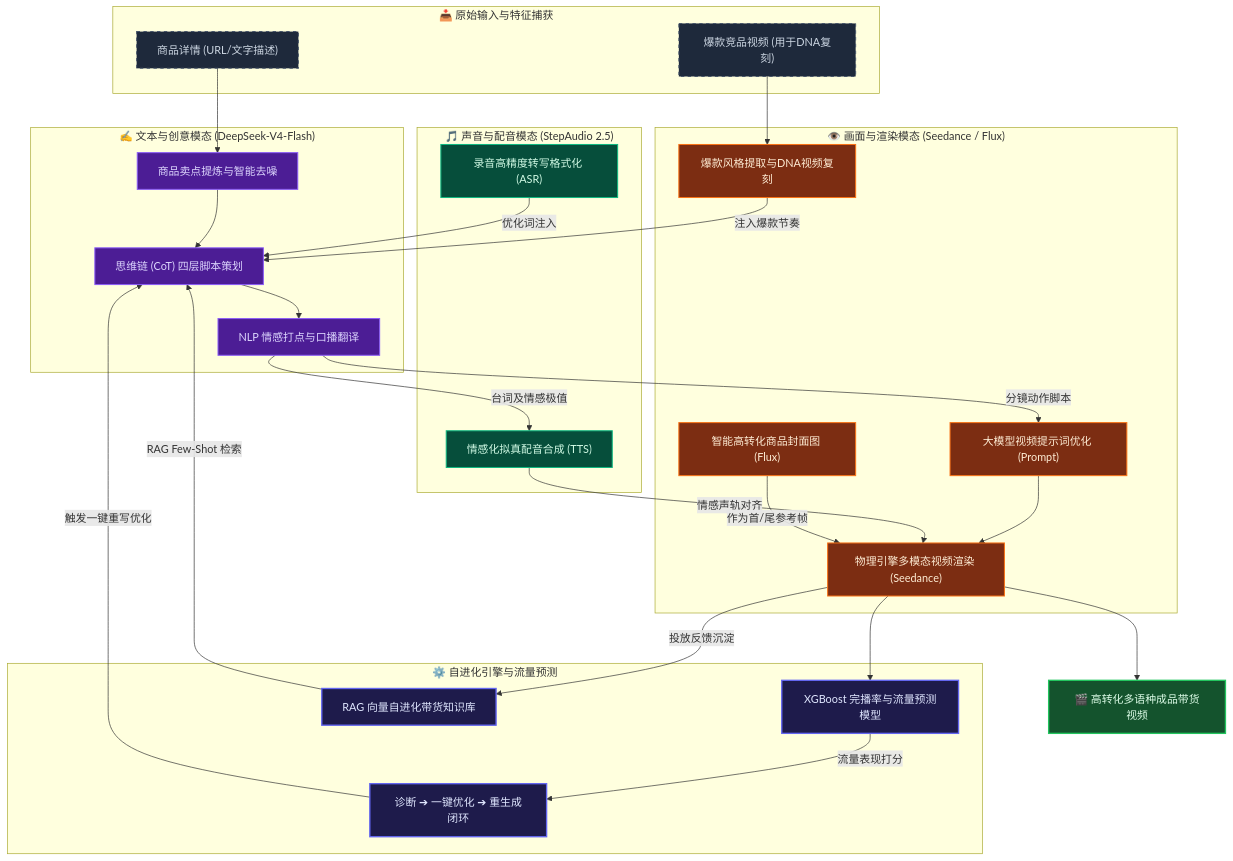
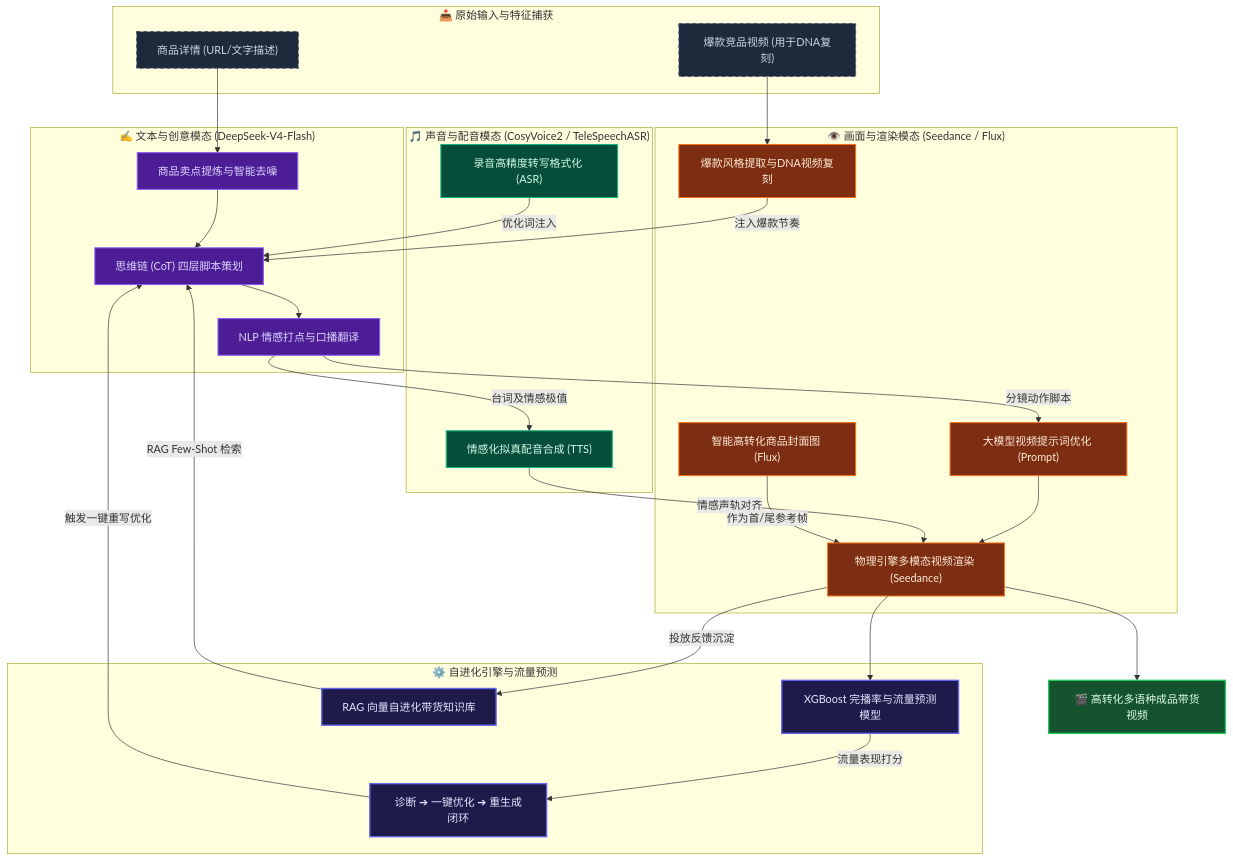
One commit to Hibiscus00/Shopro-AI changed the diagram in docs/ai/ai.md. Above: the diagram before and after it, drawn with Mermaid. The commit also changed other lines of this file and 9 other files, not shown here.

````diff
--- a/docs/ai/ai.md
+++ b/docs/ai/ai.md
@@ -7,62 +7,62 @@
 ```mermaid
 graph TD
     %% Styling and Theme
     classDef default fill:#111216,stroke:#333842,stroke-width:1px,color:#ffffff;
     classDef input fill:#1e293b,stroke:#475569,stroke-width:1.5px,stroke-dasharray: 5 5,color:#cbd5e1;
     classDef text fill:#4c1d95,stroke:#8b5cf6,stroke-width:1.5px,color:#ddd6fe;
     classDef audio fill:#064e3b,stroke:#10b981,stroke-width:1.5px,color:#d1fae5;
     classDef vision fill:#7c2d12,stroke:#f97316,stroke-width:1.5px,color:#ffedd5;
     classDef engine fill:#1e1b4b,stroke:#6366f1,stroke-width:2px,color:#e0e7ff;
     classDef output fill:#14532d,stroke:#22c55e,stroke-width:2px,color:#dcfce7;
 
     %% Nodes Definitions
     subgraph INPUT_STAGE ["📥 原始输入与特征捕获"]
         A["商品详情 (URL/文字描述)"]:::input
         B["爆款竞品视频 (用于DNA复刻)"]:::input
     end
 
     subgraph TEXT_STAGE ["✍️ 文本与创意模态 (DeepSeek-V4-Flash)"]
         T1["商品卖点提炼与智能去噪"]:::text
         T2["思维链 (CoT) 四层脚本策划"]:::text
         T3["NLP 情感打点与口播翻译"]:::text
     end
 
-    subgraph AUDIO_STAGE ["🎵 声音与配音模态 (StepAudio 2.5)"]
+    subgraph AUDIO_STAGE ["🎵 声音与配音模态 (CosyVoice2 / TeleSpeechASR)"]
         A1["情感化拟真配音合成 (TTS)"]:::audio
         A2["录音高精度转写格式化 (ASR)"]:::audio
     end
 
     subgraph VISION_STAGE ["👁️ 画面与渲染模态 (Seedance / Flux)"]
         V1["大模型视频提示词优化 (Prompt)"]:::vision
         V2["爆款风格提取与DNA视频复刻"]:::vision
         V3["智能高转化商品封面图 (Flux)"]:::vision
         V4["物理引擎多模态视频渲染 (Seedance)"]:::vision
     end
 
     subgraph OPTIMIZE_STAGE ["⚙️ 自进化引擎与流量预测"]
         E1["XGBoost 完播率与流量预测模型"]:::engine
         E2["RAG 向量自进化带货知识库"]:::engine
         E3["诊断 ➔ 一键优化 ➔ 重生成闭环"]:::engine
     end
 
     OUT["🎬 高转化多语种成品带货视频"]:::output
 
     %% Flow/Connections
     A --> T1
     B --> V2
     T1 --> T2
     V2 -->|注入爆款节奏| T2
     T2 --> T3
     T3 -->|台词及情感极值| A1
     T3 -->|分镜动作脚本| V1
     A2 -->|优化词注入| T2
     V1 --> V4
     A1 -->|情感声轨对齐| V4
     V3 -->|作为首/尾参考帧| V4
     V4 --> E1
     E1 -->|流量表现打分| E3
     E3 -->|触发一键重写优化| T2
     V4 -->|投放反馈沉淀| E2
     E2 -->|RAG Few-Shot 检索| T2
     V4 --> OUT
 ```
````
